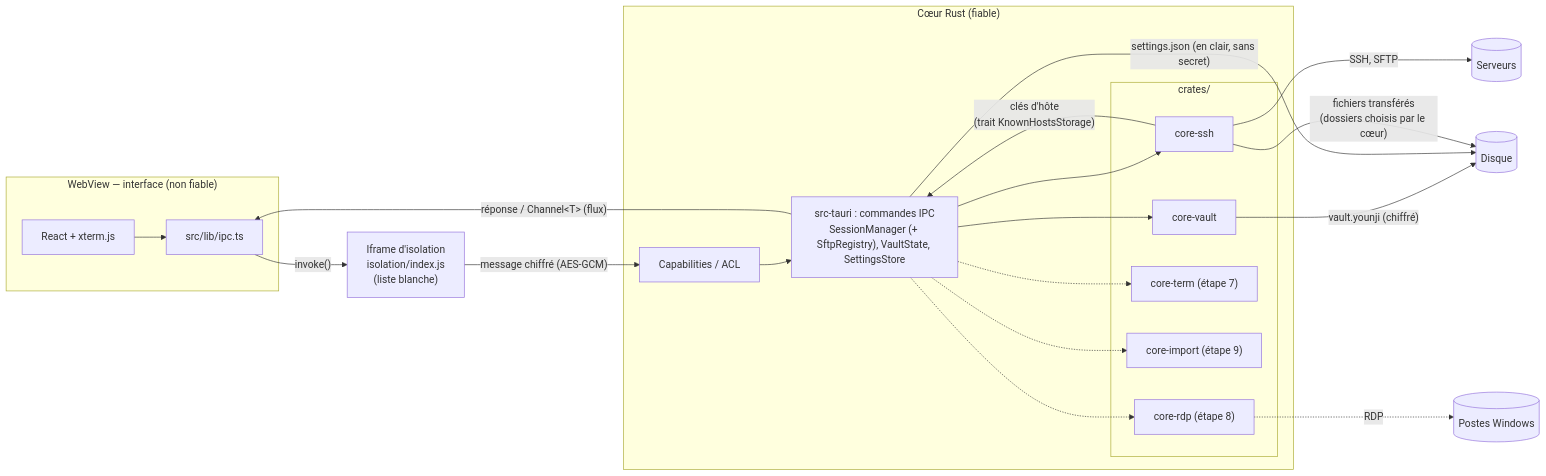
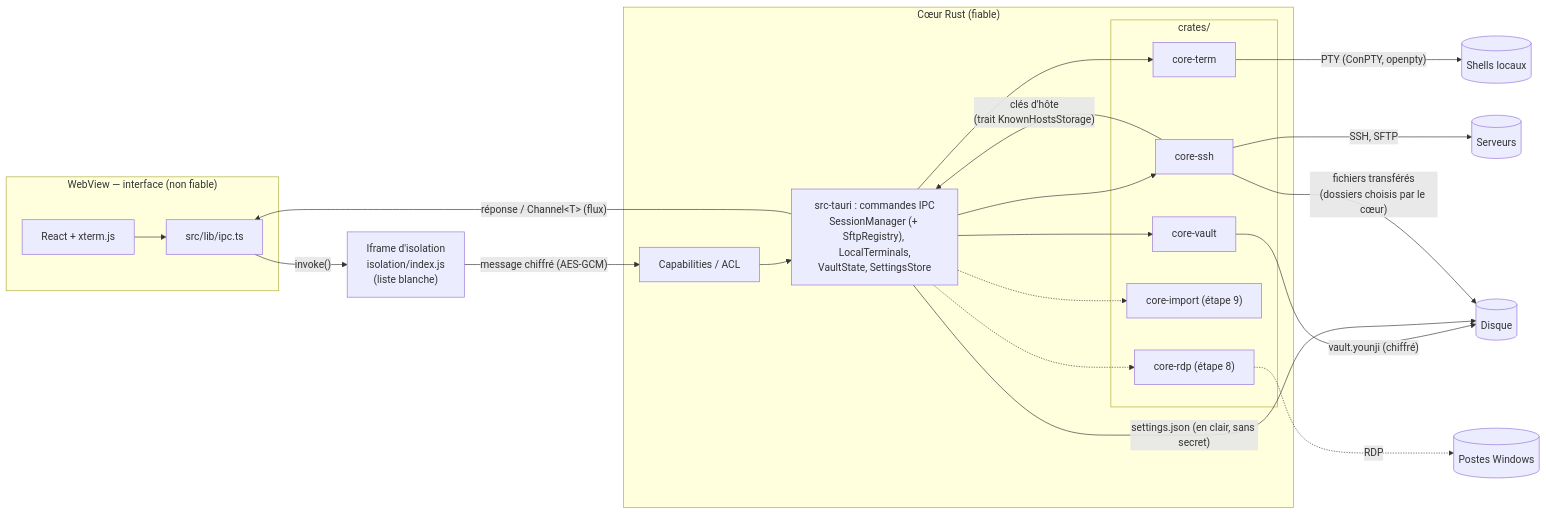
The first of 6 diagrams in docs/ARCHITECTURE.md (mlft9/younji), drawn with Mermaid before and after one commit. The commit also changed other lines of this file and 7 other files, not shown here.

First line of the commit message:
docs: documente l'étape 7 (terminal local)

````diff
--- a/docs/ARCHITECTURE.md
+++ b/docs/ARCHITECTURE.md
@@ -11,32 +11,33 @@
 ```mermaid
 flowchart LR
     subgraph WebView["WebView — interface (non fiable)"]
         UI[React + xterm.js]
         IPCJS[src/lib/ipc.ts]
         UI --> IPCJS
     end
     ISO["Iframe d'isolation<br/>isolation/index.js<br/>(liste blanche)"]
     subgraph Core["Cœur Rust (fiable)"]
         ACL[Capabilities / ACL]
-        CMD["src-tauri : commandes IPC<br/>SessionManager (+ SftpRegistry), VaultState, SettingsStore"]
+        CMD["src-tauri : commandes IPC<br/>SessionManager (+ SftpRegistry), LocalTerminals,<br/>VaultState, SettingsStore"]
         ACL --> CMD
         subgraph Crates["crates/"]
             SSH[core-ssh]
             VAULT[core-vault]
-            TERM["core-term (étape 7)"]
+            TERM[core-term]
             IMP["core-import (étape 9)"]
             RDP["core-rdp (étape 8)"]
         end
-        CMD --> SSH & VAULT
-        CMD -.-> TERM & IMP & RDP
+        CMD --> SSH & VAULT & TERM
+        CMD -.-> IMP & RDP
         SSH -- "clés d'hôte<br/>(trait KnownHostsStorage)" --> CMD
     end
     IPCJS -- "invoke()" --> ISO
     ISO -- "message chiffré (AES-GCM)" --> ACL
     CMD -- "réponse / Channel&lt;T&gt; (flux)" --> IPCJS
     SSH -- "SSH, SFTP" --> SRV[(Serveurs)]
     VAULT -- "vault.younji (chiffré)" --> DISK[(Disque)]
     CMD -- "settings.json (en clair, sans secret)" --> DISK
     SSH -- "fichiers transférés<br/>(dossiers choisis par le cœur)" --> DISK
+    TERM -- "PTY (ConPTY, openpty)" --> SHELL[(Shells locaux)]
     RDP -. RDP .-> WIN[(Postes Windows)]
 ```
````
